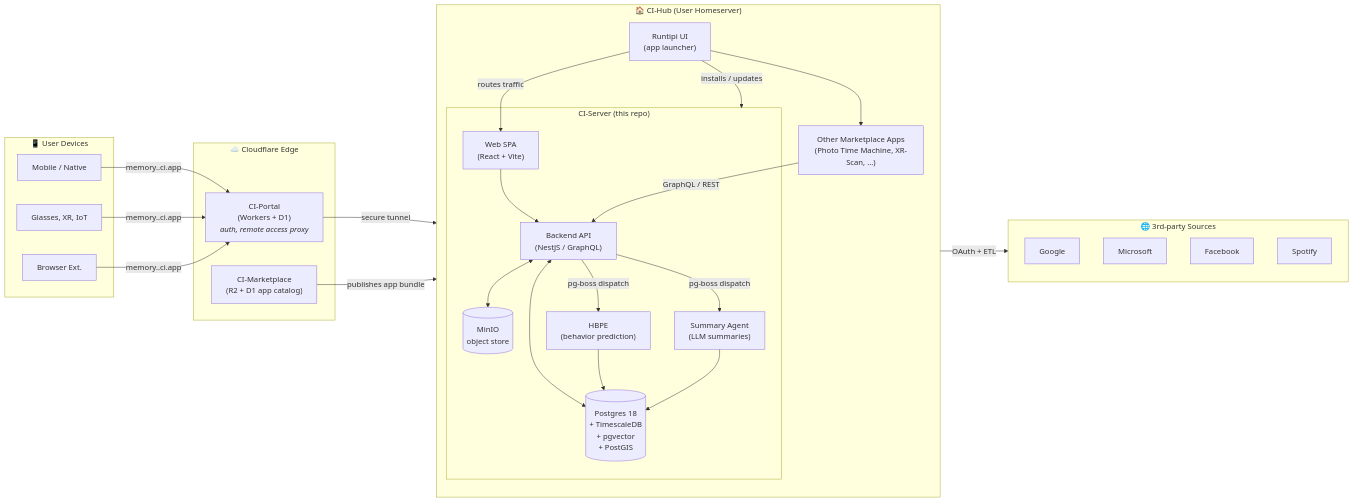
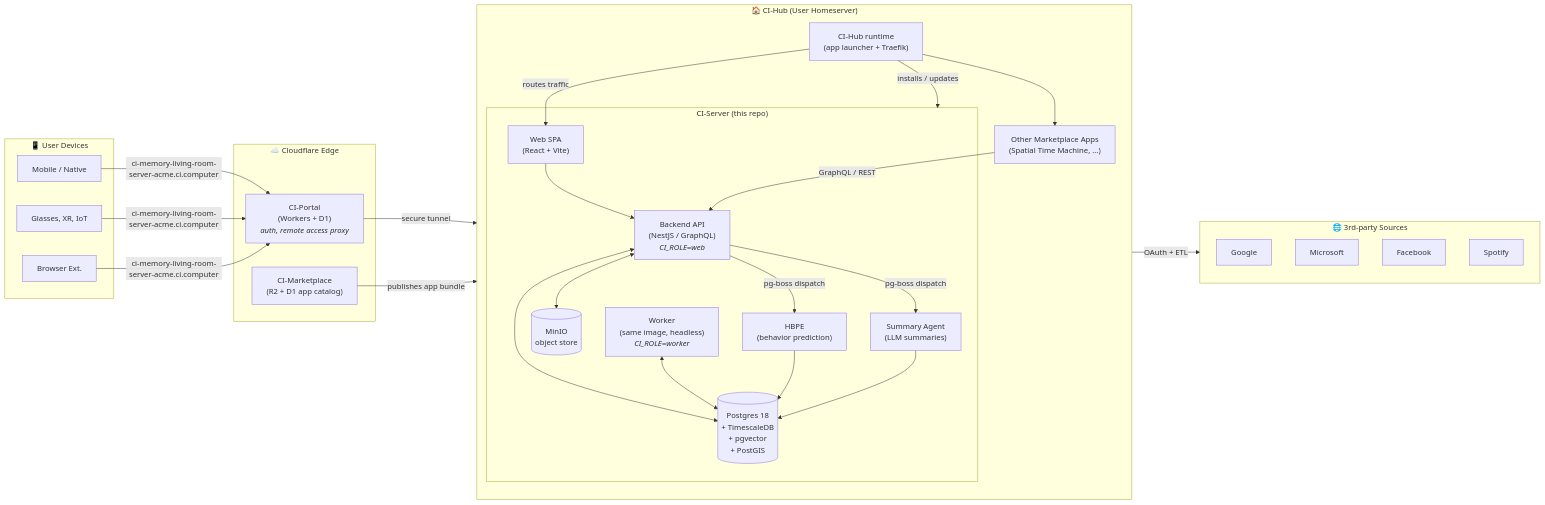
The first of 6 diagrams in docs/architecture/architecture.md (bennettchamberlain/Requiemv1), drawn with Mermaid before and after one commit. The commit also changed other lines of this file and 81 other files, not shown here.

````diff
--- a/docs/architecture/architecture.md
+++ b/docs/architecture/architecture.md
@@ -33,52 +33,54 @@
 ```mermaid
 flowchart LR
     subgraph CLOUD["☁️  Cloudflare Edge"]
         Portal["CI-Portal<br/>(Workers + D1)<br/><i>auth, remote access proxy</i>"]
         Market["CI-Marketplace<br/>(R2 + D1 app catalog)"]
     end
 
     subgraph HUB["🏠  CI-Hub (User Homeserver)"]
         direction TB
-        HubUI["Runtipi UI<br/>(app launcher)"]
+        HubUI["CI-Hub runtime<br/>(app launcher + Traefik)"]
         subgraph SERVER["CI-Server (this repo)"]
-            API["Backend API<br/>(NestJS / GraphQL)"]
+            API["Backend API<br/>(NestJS / GraphQL)<br/><i>CI_ROLE=web</i>"]
+            WORKER["Worker<br/>(same image, headless)<br/><i>CI_ROLE=worker</i>"]
             HBPE["HBPE<br/>(behavior prediction)"]
             SUM["Summary Agent<br/>(LLM summaries)"]
             DB[("Postgres 18<br/>+ TimescaleDB<br/>+ pgvector<br/>+ PostGIS")]
             OBJ[("MinIO<br/>object store")]
             Web["Web SPA<br/>(React + Vite)"]
         end
-        OtherApps["Other Marketplace Apps<br/>(Photo Time Machine, XR-Scan, ...)"]
+        OtherApps["Other Marketplace Apps<br/>(Spatial Time Machine, ...)"]
     end
 
     subgraph DEVICES["📱  User Devices"]
         Phone["Mobile / Native"]
         XR["Glasses, XR, IoT"]
         Browser["Browser Ext."]
     end
 
     subgraph THIRD["🌐 3rd-party Sources"]
         Google
         Microsoft
         Facebook
         Spotify
     end
 
-    Phone & XR & Browser -- "memory.<user>.ci.app" --> Portal
+    Phone & XR & Browser -- "ci-memory-living-room-server-acme.ci.computer" --> Portal
     Portal -- secure tunnel --> HubUI
     HubUI -- routes traffic --> Web
     Web --> API
     Market -- "publishes app bundle" --> HubUI
     HubUI -- "installs / updates" --> SERVER
     HubUI --> OtherApps
     OtherApps -- "GraphQL / REST" --> API
 
     API <--> DB
+    WORKER <--> DB
     API <--> OBJ
     API -- "pg-boss dispatch" --> HBPE
     API -- "pg-boss dispatch" --> SUM
     HBPE --> DB
     SUM --> DB
 
     API -- OAuth + ETL --> THIRD
 ```
````
